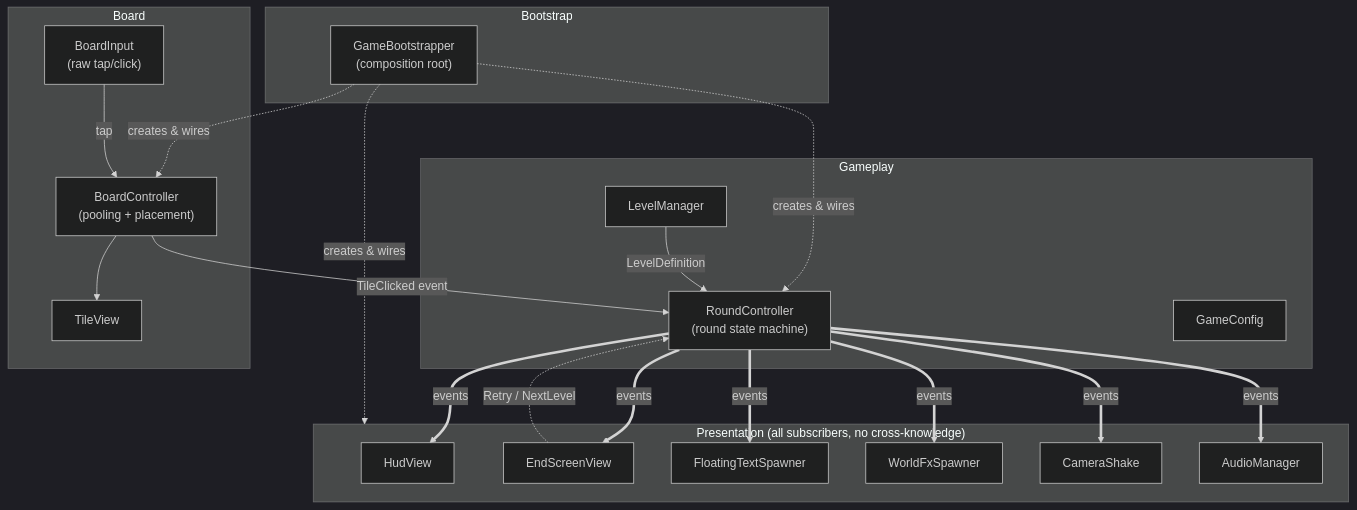
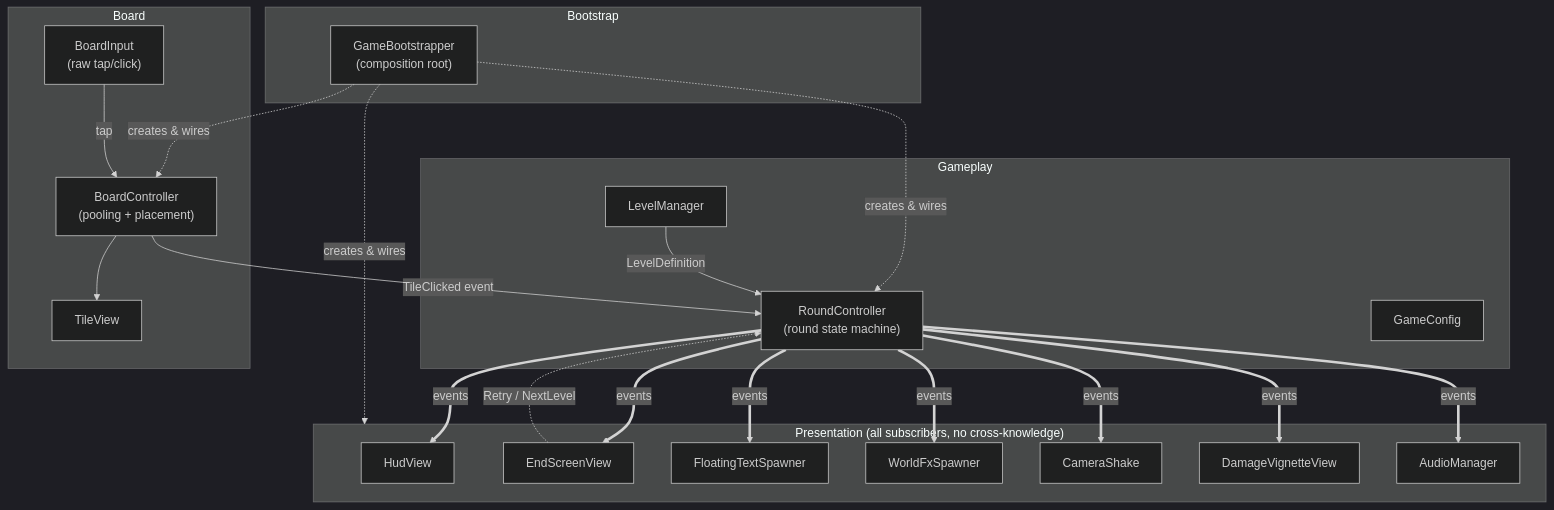
The first of 2 diagrams in README.md (PrabhakarKum/Escape-The-Lava), drawn with Mermaid (dark theme) before and after one commit. The commit also changed other lines of this file and 136 other files, not shown here.

````diff
--- a/README.md
+++ b/README.md
@@ -27,44 +30,46 @@
 ```mermaid
 flowchart TB
     subgraph Boot["Bootstrap"]
         GB["GameBootstrapper<br/>(composition root)"]
     end
 
     subgraph Rules["Gameplay"]
         RC["RoundController<br/>(round state machine)"]
         LM["LevelManager"]
         GC["GameConfig"]
     end
 
     subgraph Play["Board"]
         BC["BoardController<br/>(pooling + placement)"]
         BI["BoardInput<br/>(raw tap/click)"]
         TV["TileView"]
     end
 
     subgraph View["Presentation (all subscribers, no cross-knowledge)"]
         Hud["HudView"]
         End["EndScreenView"]
         Float["FloatingTextSpawner"]
         Fx["WorldFxSpawner"]
         Shake["CameraShake"]
+        Vignette["DamageVignetteView"]
         Aud["AudioManager"]
     end
 
     GB -.creates & wires.-> RC
     GB -.creates & wires.-> BC
     GB -.creates & wires.-> View
 
     BI -->|tap| BC
     BC -->|TileClicked event| RC
     BC --> TV
     LM -->|LevelDefinition| RC
 
     RC ==events==> Hud
     RC ==events==> End
     RC ==events==> Float
     RC ==events==> Fx
     RC ==events==> Shake
+    RC ==events==> Vignette
     RC ==events==> Aud
     End -.Retry / NextLevel.-> RC
 ```
````
